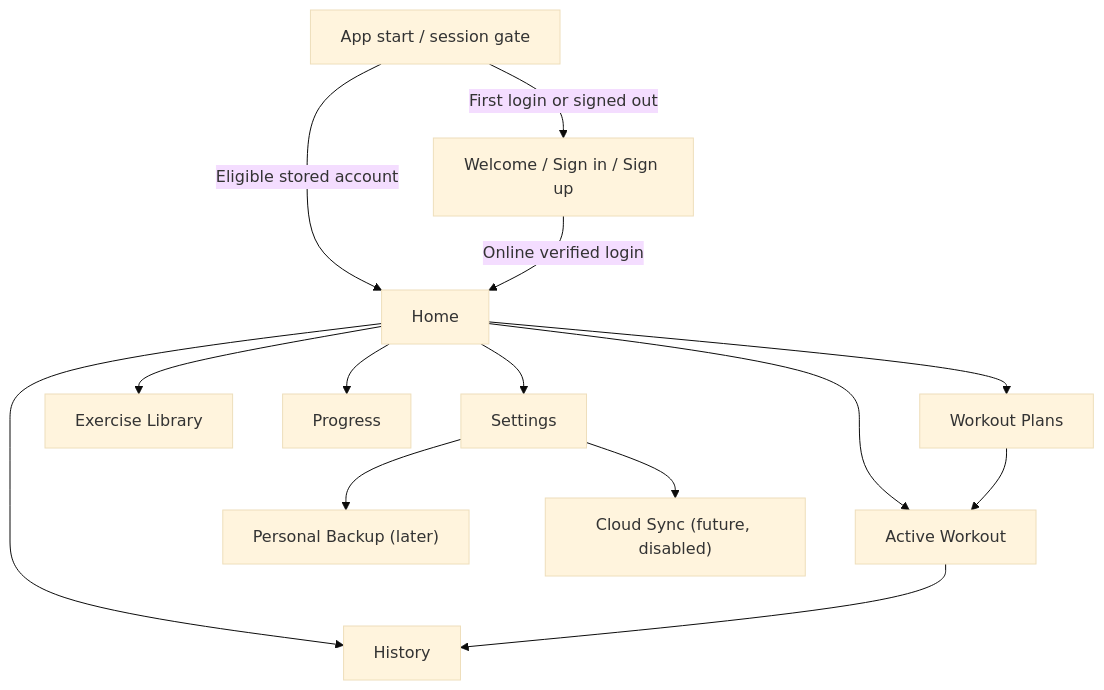
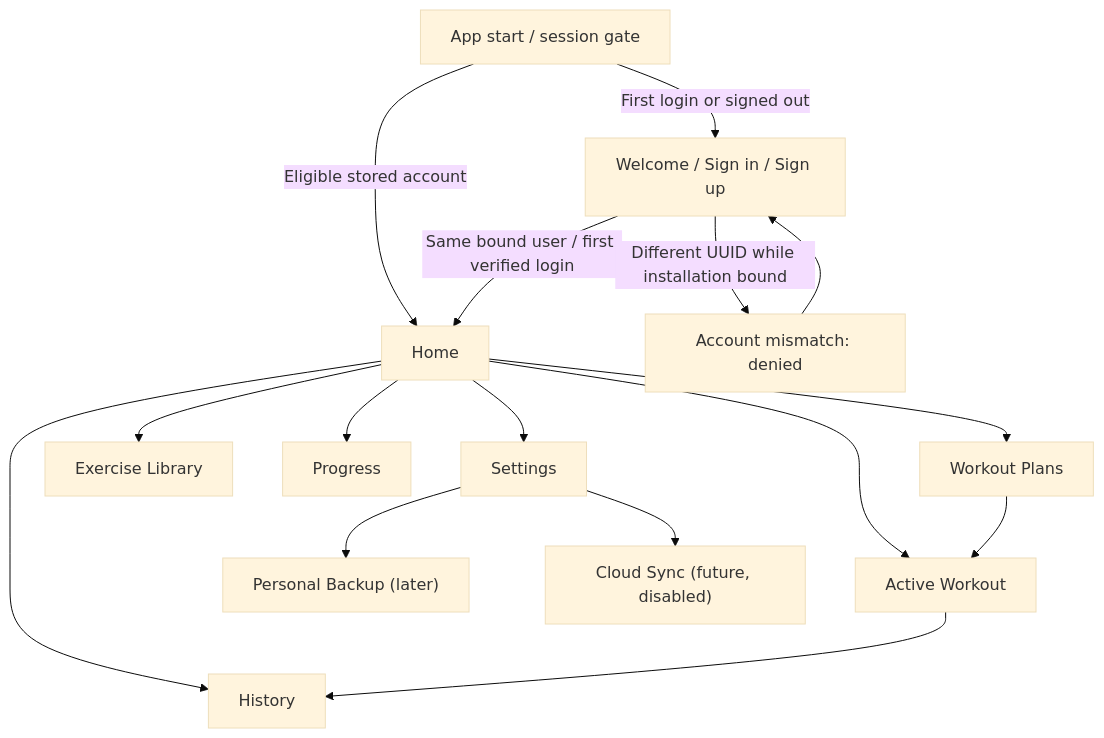
The diagram in docs/20-MVP-UX-FLOWS.md (im-tnyx/Tio-Workspace), drawn with Mermaid (base theme) before and after one commit. The commit also changed other lines of this file and 16 other files, not shown here.

````diff
--- a/docs/20-MVP-UX-FLOWS.md
+++ b/docs/20-MVP-UX-FLOWS.md
@@ -17,16 +17,18 @@
 ```mermaid
 flowchart TD
   S["App start / session gate"] -->|First login or signed out| A["Welcome / Sign in / Sign up"]
   S -->|Eligible stored account| H["Home"]
-  A -->|Online verified login| H
+  A -->|Same bound user / first verified login| H
+  A -->|Different UUID while installation bound| M["Account mismatch: denied"]
+  M --> A
   H --> W["Active Workout"]
   H --> P["Workout Plans"]
   H --> L["Exercise Library"]
   H --> T["History"]
   H --> R["Progress"]
   H --> E["Settings"]
   E --> B["Personal Backup (later)"]
   E --> X["Cloud Sync (future, disabled)"]
   P --> W
   W --> T
 ```
````
